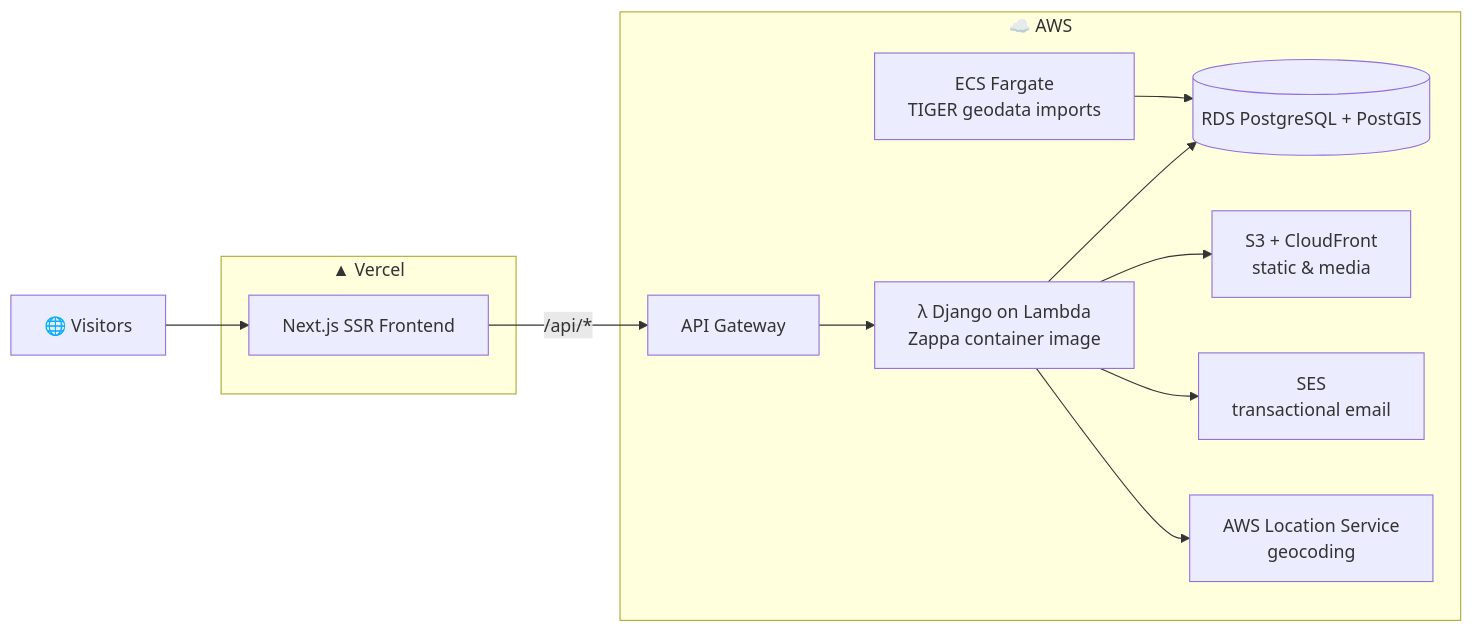
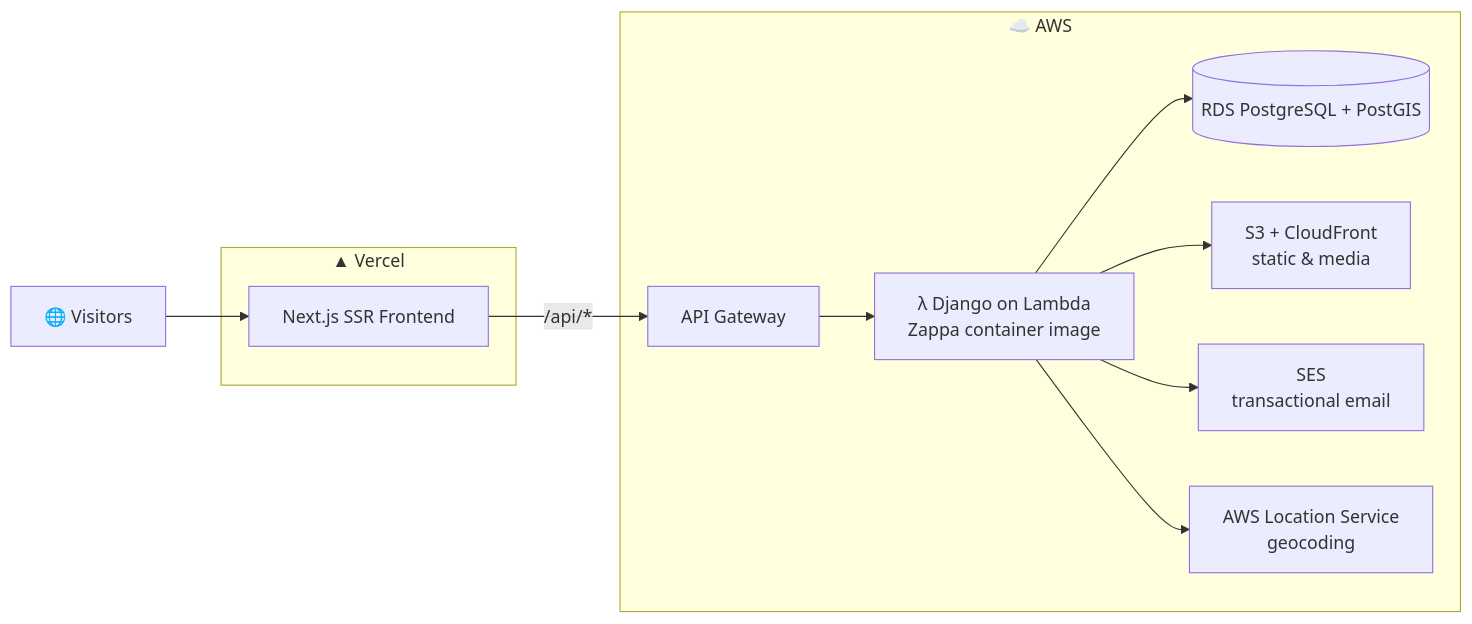
The second of 2 diagrams in README.md (lhadjchikh/coalition-builder), drawn with Mermaid before and after one commit. The commit also changed other lines of this file and 4 other files, not shown here.

````diff
--- a/README.md
+++ b/README.md
@@ -110,28 +110,26 @@
 ```mermaid
 %%{init: {'theme':'basic'}}%%
 flowchart LR
     User[🌐 Visitors]
 
     subgraph Vercel["▲ Vercel"]
         Next[Next.js SSR Frontend]
     end
 
     subgraph AWS["☁️ AWS"]
         APIGW[API Gateway]
         Lambda[λ Django on Lambda<br/>Zappa container image]
         RDS[(RDS PostgreSQL + PostGIS)]
         S3[S3 + CloudFront<br/>static & media]
         SES[SES<br/>transactional email]
         Location[AWS Location Service<br/>geocoding]
-        ECS[ECS Fargate<br/>TIGER geodata imports]
     end
 
     User --> Next
     Next -->|/api/*| APIGW
     APIGW --> Lambda
     Lambda --> RDS
     Lambda --> S3
     Lambda --> SES
     Lambda --> Location
-    ECS --> RDS
 ```
````
